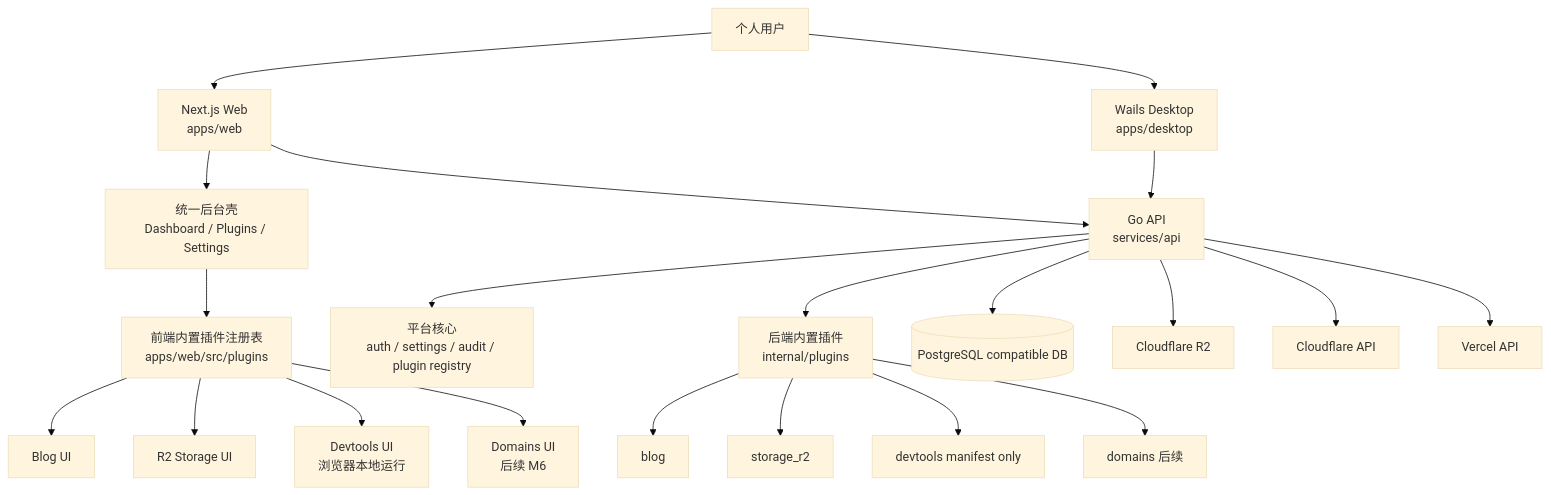
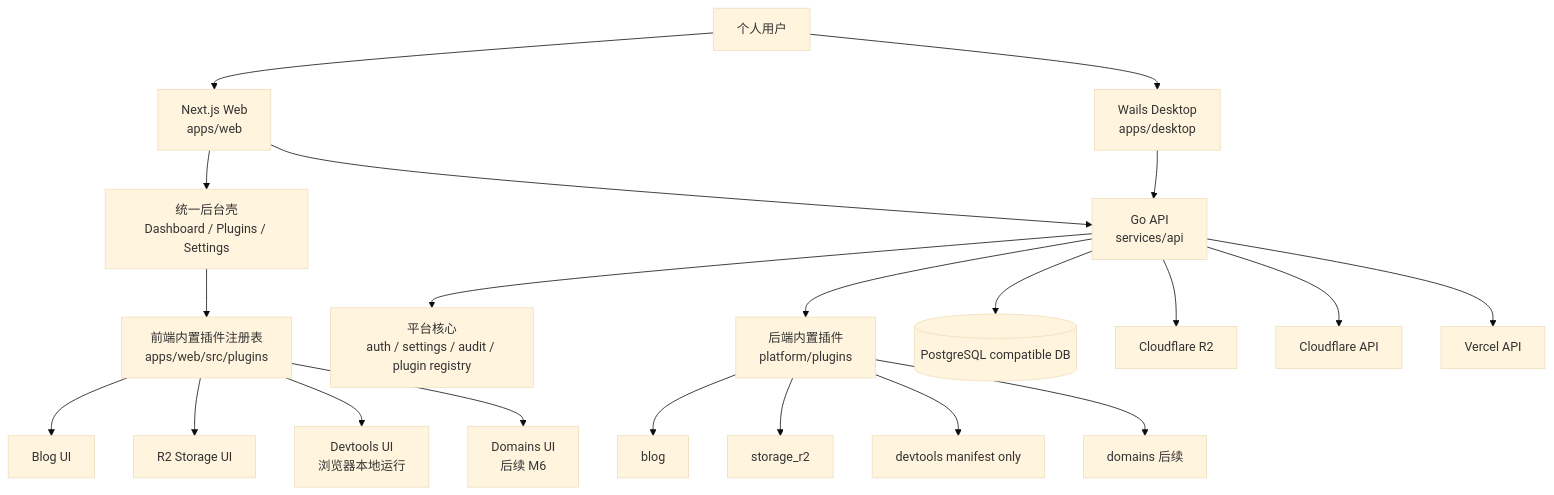
One commit to WeOpen/WeOpen changed the first of 4 diagrams in README.md. Above: the diagram before and after it, drawn with Mermaid (base theme). The commit also changed other lines of this file and 232 other files, not shown here.

````diff
--- a/README.md
+++ b/README.md
@@ -47,27 +47,27 @@
 ```mermaid
 flowchart TB
   User[个人用户] --> Web[Next.js Web<br/>apps/web]
   User --> Desktop[Wails Desktop<br/>apps/desktop]
 
   Web --> AppShell[统一后台壳<br/>Dashboard / Plugins / Settings]
   AppShell --> WebPlugins[前端内置插件注册表<br/>apps/web/src/plugins]
   WebPlugins --> BlogUI[Blog UI]
   WebPlugins --> StorageUI[R2 Storage UI]
   WebPlugins --> DevtoolsUI[Devtools UI<br/>浏览器本地运行]
   WebPlugins --> DomainsUI[Domains UI<br/>后续 M6]
 
   Web --> API[Go API<br/>services/api]
   Desktop --> API
 
   API --> Core[平台核心<br/>auth / settings / audit / plugin registry]
-  API --> BackendPlugins[后端内置插件<br/>internal/plugins]
+  API --> BackendPlugins[后端内置插件<br/>platform/plugins]
   BackendPlugins --> BlogPlugin[blog]
   BackendPlugins --> StoragePlugin[storage_r2]
   BackendPlugins --> DevtoolsPlugin[devtools manifest only]
   BackendPlugins --> DomainsPlugin[domains 后续]
 
   API --> DB[(PostgreSQL compatible DB)]
   API --> R2[Cloudflare R2]
   API --> CF[Cloudflare API]
   API --> Vercel[Vercel API]
 ```
````
